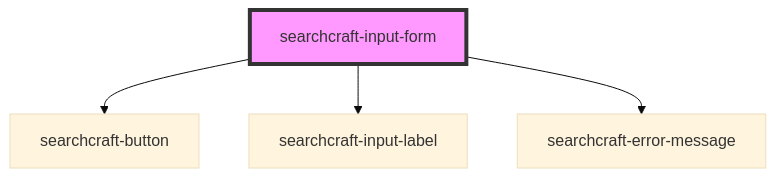
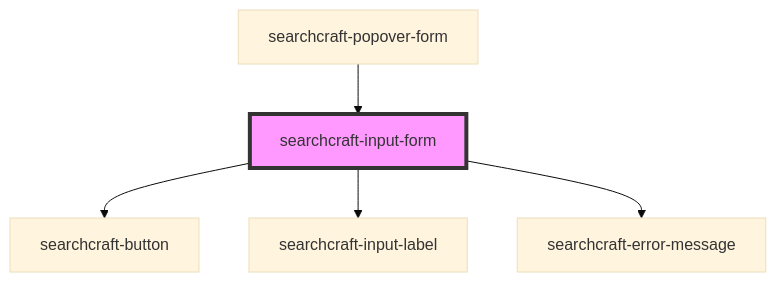
The diagram in packages/javascript-sdk/src/components/searchcraft-input-form/readme.md (searchcraft-inc/searchcraft-javascript-sdks), drawn with Mermaid (base theme) before and after one commit. The commit also changed other lines of this file and 43 other files, not shown here.

First line of the commit message:
Adds components, functionality, and layout for searchcraft-popover-form re:SC-554

````diff
--- a/packages/javascript-sdk/src/components/searchcraft-input-form/readme.md
+++ b/packages/javascript-sdk/src/components/searchcraft-input-form/readme.md
@@ -68,7 +73,8 @@
 ```mermaid
 graph TD;
   searchcraft-input-form --> searchcraft-button
   searchcraft-input-form --> searchcraft-input-label
   searchcraft-input-form --> searchcraft-error-message
+  searchcraft-popover-form --> searchcraft-input-form
   style searchcraft-input-form fill:#f9f,stroke:#333,stroke-width:4px
 ```
````
